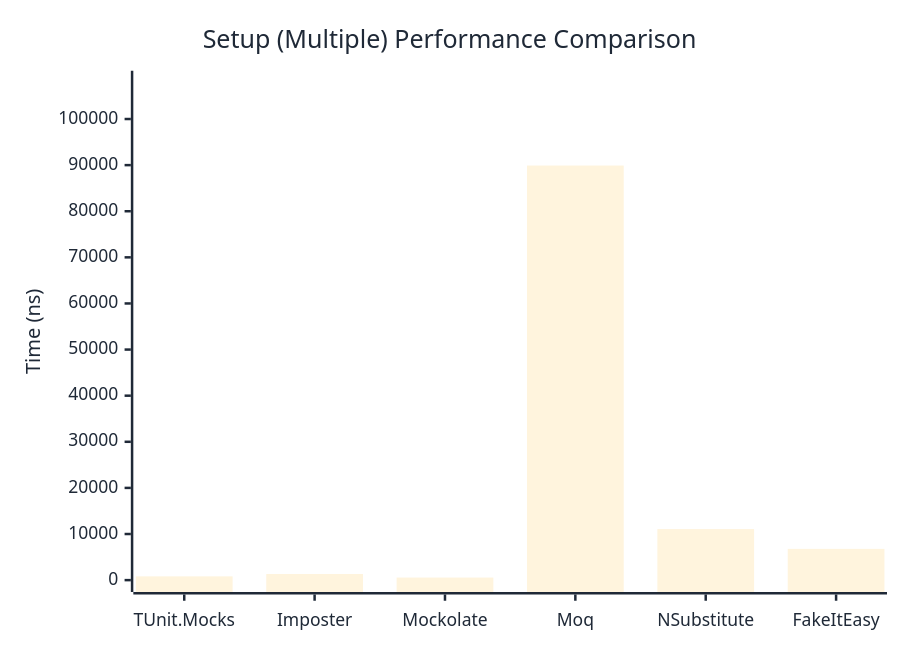
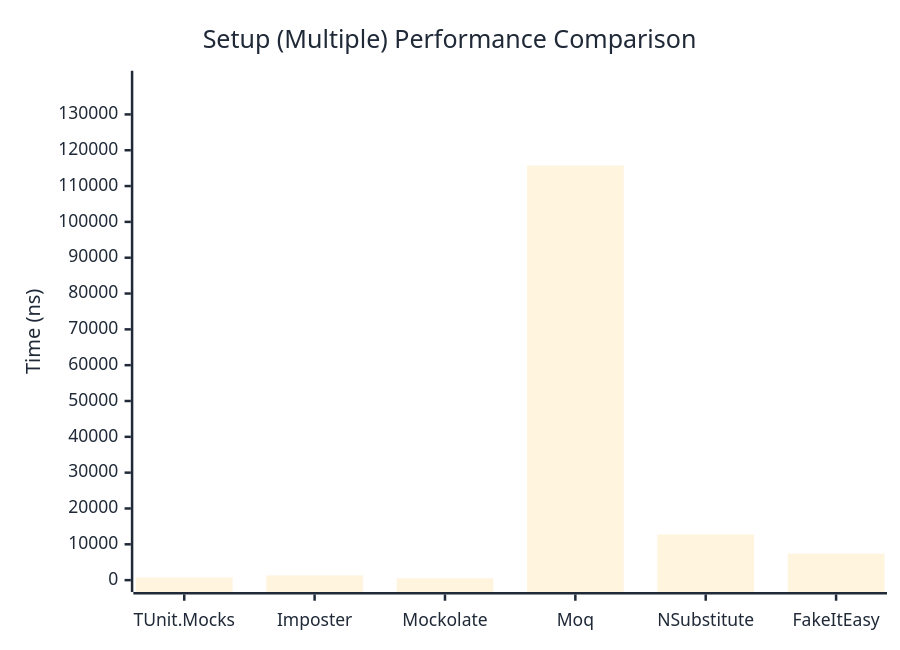
Before and after one commit to thomhurst/TUnit: the second of 2 diagrams in docs/docs/benchmarks/mocks/Setup.md, drawn with Mermaid. The commit also changed other lines of this file and 14 other files, not shown here.

````diff
--- a/docs/docs/benchmarks/mocks/Setup.md
+++ b/docs/docs/benchmarks/mocks/Setup.md
@@ -71,27 +71,27 @@
 ```mermaid
 %%{init: {
   'theme':'base',
   'themeVariables': {
     'primaryColor': '#2563eb',
     'primaryTextColor': '#1f2937',
     'primaryBorderColor': '#1e40af',
     'lineColor': '#6b7280',
     'secondaryColor': '#7c3aed',
     'tertiaryColor': '#dc2626',
     'background': '#ffffff',
     'pie1': '#2563eb',
     'pie2': '#7c3aed',
     'pie3': '#dc2626',
     'pie4': '#f59e0b',
     'pie5': '#10b981',
     'pie6': '#06b6d4',
     'pie7': '#ec4899',
     'pie8': '#6366f1'
   }
 }}%%
 xychart-beta
   title "Setup (Multiple) Performance Comparison"
   x-axis ["TUnit.Mocks", "Imposter", "Mockolate", "Moq", "NSubstitute", "FakeItEasy"]
-  y-axis "Time (ns)" 0 --> 107891
-  bar [814, 1325, 556.6, 89908.6, 11070.9, 6778.8]
+  y-axis "Time (ns)" 0 --> 138873
+  bar [745.2, 1320.4, 523.3, 115726.9, 12755.5, 7401.4]
 ```
````
